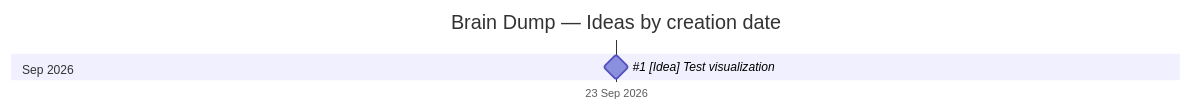
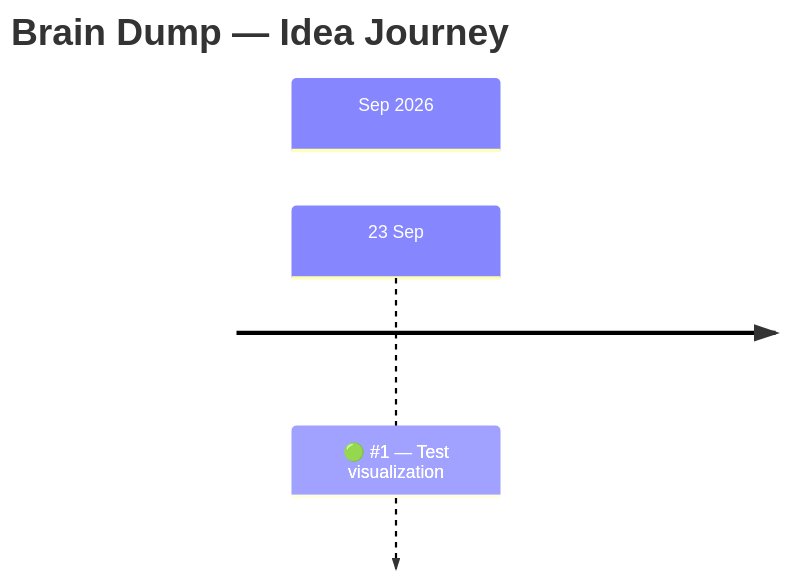
Before and after one commit to afnannuzulasugihartono/brain-dump: the diagram in TIMELINE.md, drawn with Mermaid. The commit also changed other lines of this file, not shown here.

Commit message:
docs: redesign full idea timeline

````diff
--- a/TIMELINE.md
+++ b/TIMELINE.md
@@ -7,8 +5,6 @@
 ```mermaid
-gantt
-    title Brain Dump — Ideas by creation date
-    dateFormat YYYY-MM-DD
-    axisFormat %d %b %Y
+timeline
+    title Brain Dump — Idea Journey
     section Sep 2026
-    #1 [Idea] Test visualization :milestone, idea1, 2026-09-23, 0d
+        23 Sep : 🟢 #1 — Test visualization
 ```
````
